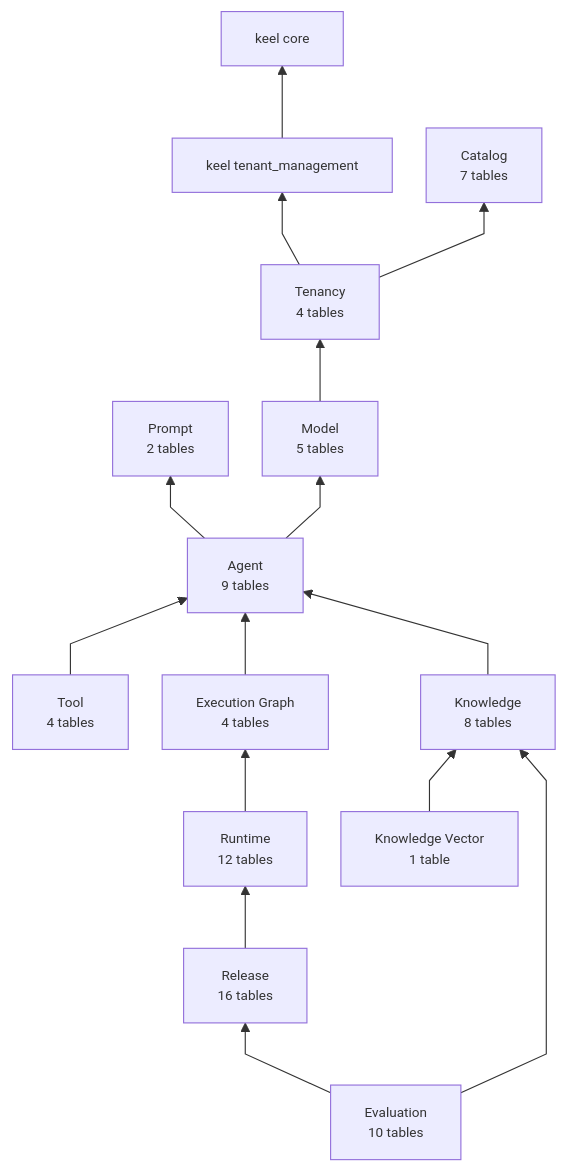
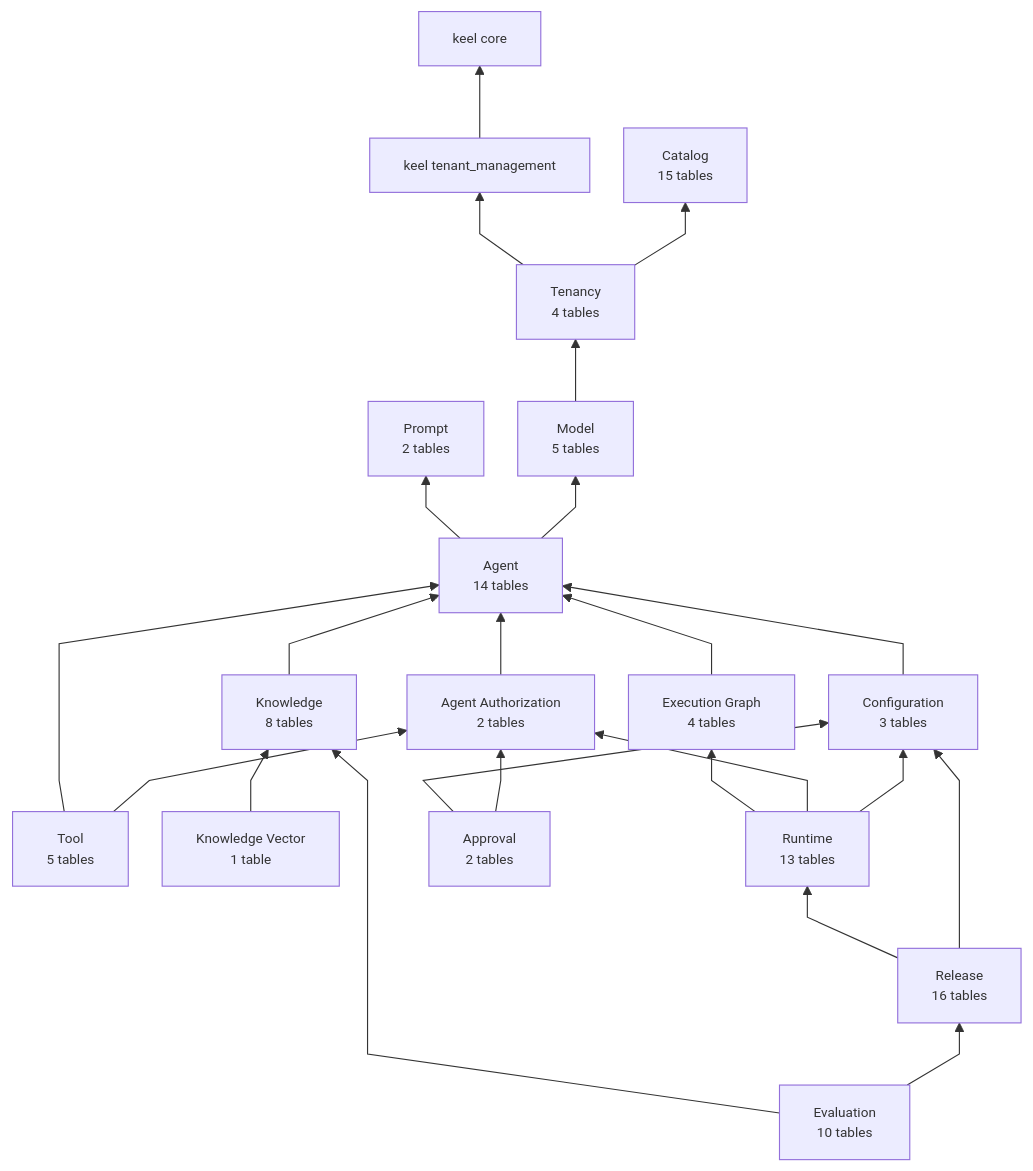
The first of 16 diagrams in doc/database.md (nauticana/scout), drawn with Mermaid before and after one commit. The commit also changed other lines of this file and 179 other files, not shown here.

Commit message:
principals, scoped configuration inheritance, and compiled effective releases policy decision point, durable approvals, principal-scoped credentials, and decision records agent types, capability packages, audited lifecycle, and bounded delegation

````diff
--- a/doc/database.md
+++ b/doc/database.md
@@ -18,34 +20,45 @@
 ```mermaid
 %%{init: {"flowchart": {"curve": "linear", "nodeSpacing": 30, "rankSpacing": 55, "diagramPadding": 12}, "themeVariables": {"fontSize": "12px"}}}%%
 flowchart BT
-
-    core["keel core"]
-    tenant_management["keel tenant_management"]
-    catalog["Catalog<br/>7 tables"]
-    tenancy["Tenancy<br/>4 tables"]
-    prompt["Prompt<br/>2 tables"]
-    model["Model<br/>5 tables"]
-    agent["Agent<br/>9 tables"]
-    tool["Tool<br/>4 tables"]
-    graph_module["Execution Graph<br/>4 tables"]
-    knowledge["Knowledge<br/>8 tables"]
-    knowledge_vector["Knowledge Vector<br/>1 table"]
-    runtime["Runtime<br/>12 tables"]
-    release["Release<br/>16 tables"]
-    evaluation["Evaluation<br/>10 tables"]
 
     tenant_management --> core
     tenancy --> tenant_management
     tenancy --> catalog
     model --> tenancy
     agent --> prompt
     agent --> model
     tool --> agent
-    graph_module --> agent
+    tool --> agent_authorization_module
     knowledge --> agent
+    configuration_module --> agent
+    execution_graph_module --> agent
+    agent_authorization_module --> agent
     knowledge_vector --> knowledge
-    runtime --> graph_module
+    runtime --> execution_graph_module
+    runtime --> agent_authorization_module
+    runtime --> configuration_module
     release --> runtime
+    release --> configuration_module
     evaluation --> knowledge
     evaluation --> release
+    approval --> configuration_module
+    approval --> agent_authorization_module
+
+    core["keel core"]
+    tenant_management["keel tenant_management"]
+    catalog["Catalog<br/>15 tables"]
+    tenancy["Tenancy<br/>4 tables"]
+    prompt["Prompt<br/>2 tables"]
+    model["Model<br/>5 tables"]
+    agent["Agent<br/>14 tables"]
+    tool["Tool<br/>5 tables"]
+    execution_graph_module["Execution Graph<br/>4 tables"]
+    knowledge["Knowledge<br/>8 tables"]
+    knowledge_vector["Knowledge Vector<br/>1 table"]
+    runtime["Runtime<br/>13 tables"]
+    release["Release<br/>16 tables"]
+    evaluation["Evaluation<br/>10 tables"]
+    agent_authorization_module["Agent Authorization<br/>2 tables"]
+    configuration_module["Configuration<br/>3 tables"]
+    approval["Approval<br/>2 tables"]
 ```
````
